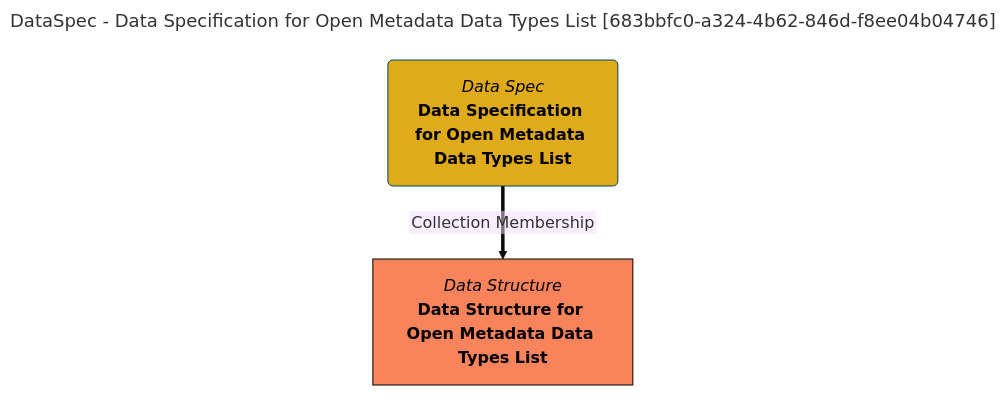
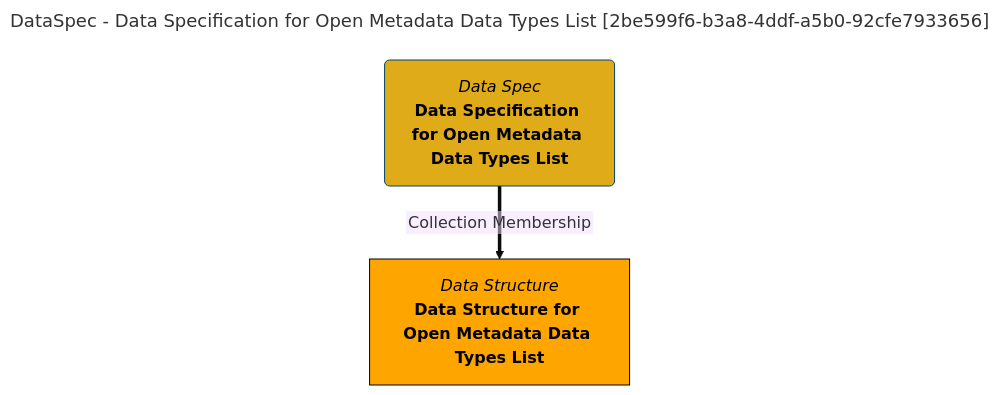
The diagram in site/snippets/collections/data-specs/data-specification-for-open-metadata-data-types-list-mermaid-graph.md (odpi/egeria-docs), drawn with Mermaid (base theme) before and after one commit. The commit also changed 2201 other files, not shown here.

````diff
--- a/site/snippets/collections/data-specs/data-specification-for-open-metadata-data-types-list-mermaid-graph.md
+++ b/site/snippets/collections/data-specs/data-specification-for-open-metadata-data-types-list-mermaid-graph.md
@@ -1,15 +1,15 @@
 ```mermaid
 ---
-title: DataSpec - Data Specification for Open Metadata Data Types List [683bbfc0-a324-4b62-846d-f8ee04b04746]
+title: DataSpec - Data Specification for Open Metadata Data Types List [2be599f6-b3a8-4ddf-a5b0-92cfe7933656]
 ---
 flowchart TD
 %%{init: {"flowchart": {"htmlLabels": false}} }%%
 
 1@{ shape: rounded, label: "*Data Spec*
 **Data Specification for Open Metadata Data Types List**"}
 2@{ shape: rect, label: "*Data Structure*
 **Data Structure for Open Metadata Data Types List**"}
 1==>|"Collection Membership"|2
 style 1 color:#000000, fill:#e0ab18, stroke:#004563
-style 2 color:#000000, fill:#f9845b, stroke:#000000
+style 2 color:#000000, fill:#FFA500, stroke:#000000
 ```
````
